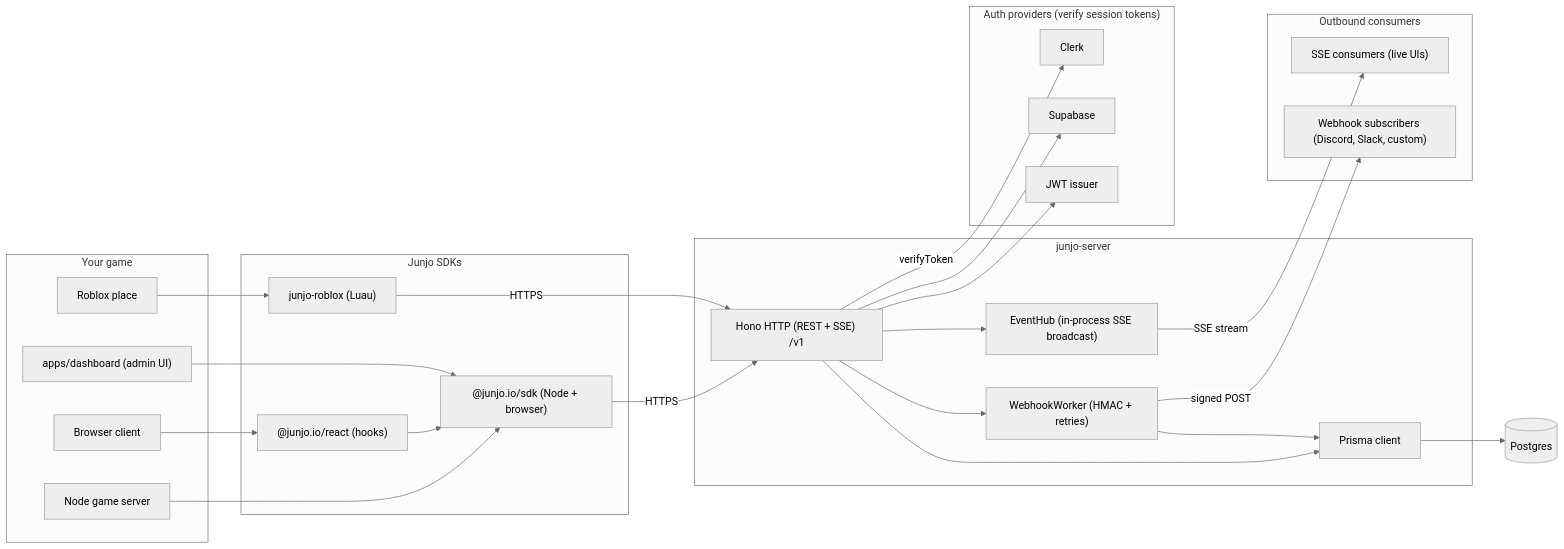
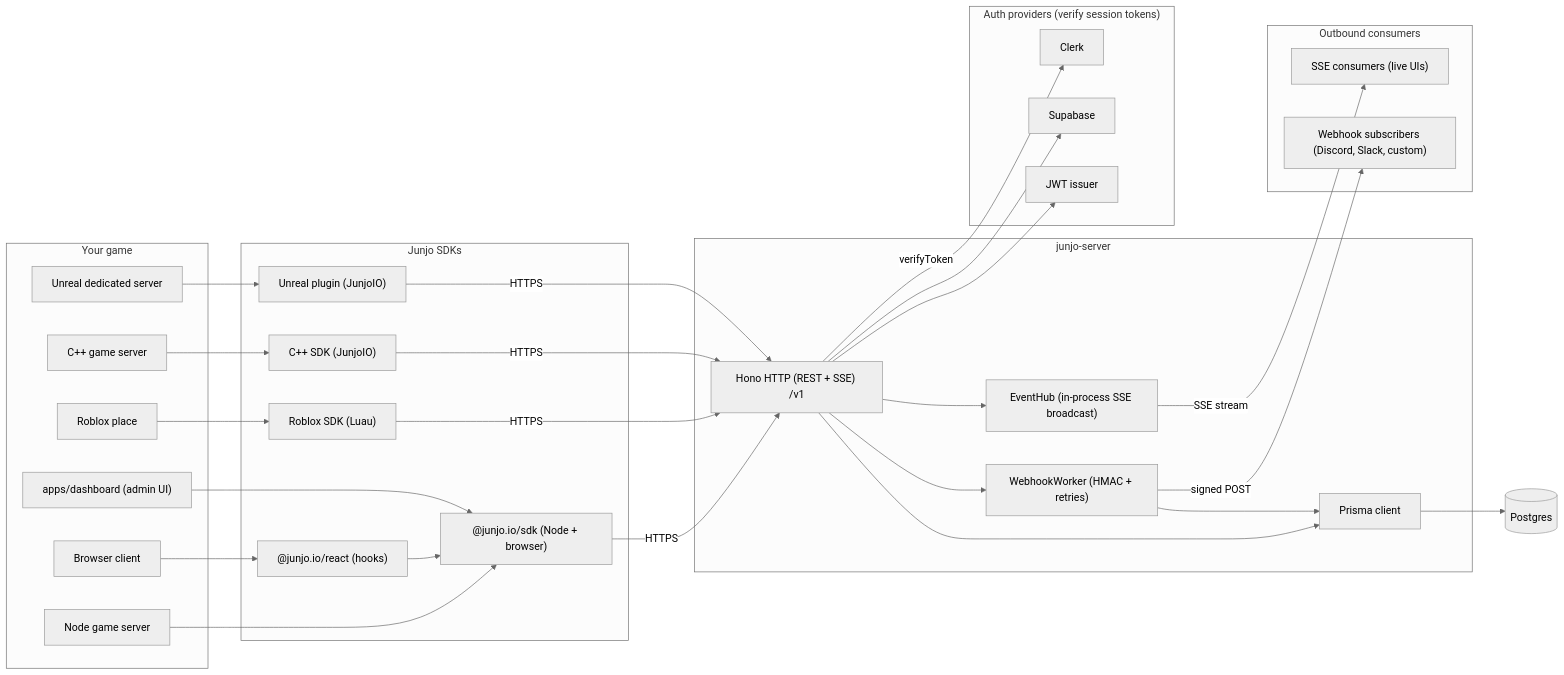
Before and after one commit to GabeCurran/junjo: the diagram in apps/docs/pages/index.mdx, drawn with Mermaid. The commit also changed other lines of this file and 82 other files, not shown here.

First line of the commit message:
docs: documentation site, diagrams, feature matrix, and program report

````diff
--- a/apps/docs/pages/index.mdx
+++ b/apps/docs/pages/index.mdx
@@ -13,58 +13,66 @@
 ```mermaid
 %%{init: {'theme': 'neutral'}}%%
 flowchart LR
   subgraph clients["Your game"]
     nodeApp["Node game server"]
     browserApp["Browser client"]
     robloxApp["Roblox place"]
+    cppApp["C++ game server"]
+    unrealApp["Unreal dedicated server"]
     dashboard["apps/dashboard (admin UI)"]
   end
 
   subgraph sdks["Junjo SDKs"]
     tsSdk["@junjo.io/sdk (Node + browser)"]
     reactSdk["@junjo.io/react (hooks)"]
-    robloxSdk["junjo-roblox (Luau)"]
+    robloxSdk["Roblox SDK (Luau)"]
+    cppSdk["C++ SDK (JunjoIO)"]
+    unrealSdk["Unreal plugin (JunjoIO)"]
   end
 
   subgraph server["junjo-server"]
     hono["Hono HTTP (REST + SSE) /v1"]
     eventHub["EventHub (in-process SSE broadcast)"]
     webhookWorker["WebhookWorker (HMAC + retries)"]
     prisma["Prisma client"]
   end
 
   postgres[("Postgres")]
 
   subgraph auth["Auth providers (verify session tokens)"]
     clerk["Clerk"]
     supabase["Supabase"]
     jwt["JWT issuer"]
   end
 
   subgraph subscribers["Outbound consumers"]
     sseClient["SSE consumers (live UIs)"]
     webhookSink["Webhook subscribers (Discord, Slack, custom)"]
   end
 
   nodeApp --> tsSdk
   browserApp --> reactSdk
   reactSdk --> tsSdk
   robloxApp --> robloxSdk
+  cppApp --> cppSdk
+  unrealApp --> unrealSdk
   dashboard --> tsSdk
 
   tsSdk -- HTTPS --> hono
   robloxSdk -- HTTPS --> hono
+  cppSdk -- HTTPS --> hono
+  unrealSdk -- HTTPS --> hono
 
   hono --> eventHub
   hono --> webhookWorker
   hono --> prisma
   webhookWorker --> prisma
   prisma --> postgres
 
   hono -- verifyToken --> clerk
   hono --> supabase
   hono --> jwt
 
   eventHub -- SSE stream --> sseClient
   webhookWorker -- signed POST --> webhookSink
 ```
````
